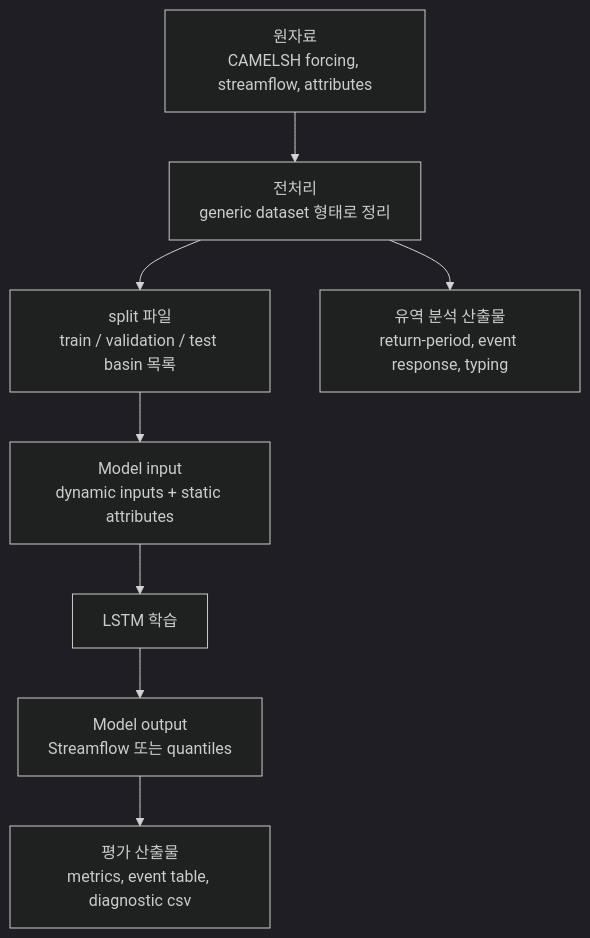
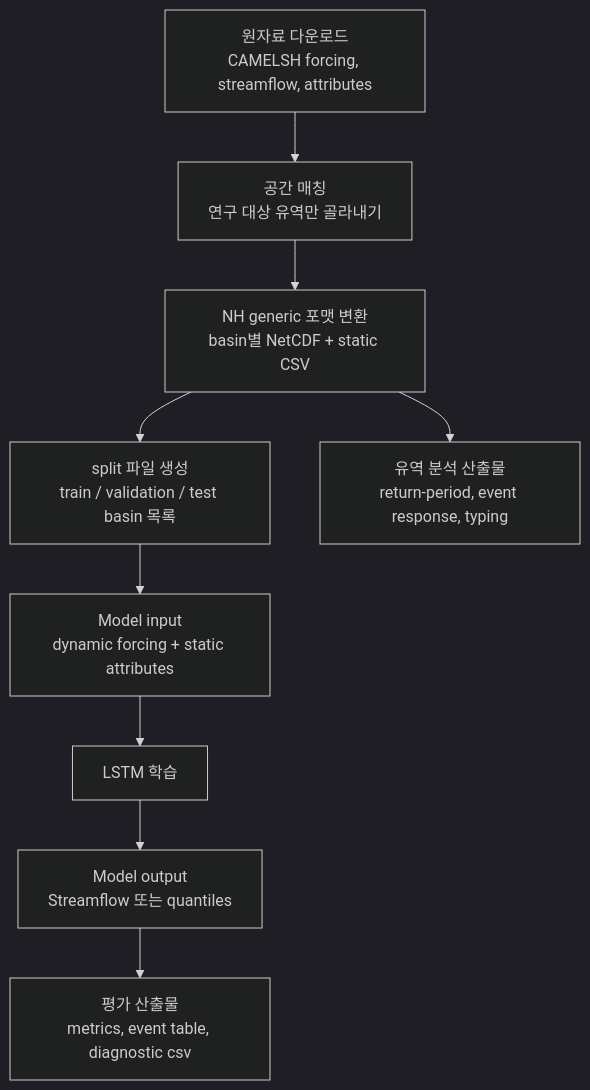
The diagram in docs/explain/03_data_io.md (mossyantler/flood-underestimation-lstm), drawn with Mermaid (dark theme) before and after one commit. The commit also changed other lines of this file and 13 other files, not shown here.

````diff
--- a/docs/explain/03_data_io.md
+++ b/docs/explain/03_data_io.md
@@ -5,10 +7,11 @@
 ```mermaid
 flowchart TD
-    A["원자료<br/>CAMELSH forcing, streamflow, attributes"] --> B["전처리<br/>generic dataset 형태로 정리"]
-    B --> C["split 파일<br/>train / validation / test basin 목록"]
-    C --> D["Model input<br/>dynamic inputs + static attributes"]
-    D --> E["LSTM 학습"]
-    E --> F["Model output<br/>Streamflow 또는 quantiles"]
-    F --> G["평가 산출물<br/>metrics, event table, diagnostic csv"]
-    B --> H["유역 분석 산출물<br/>return-period, event response, typing"]
+    A["원자료 다운로드<br/>CAMELSH forcing, streamflow, attributes"] --> B["공간 매칭<br/>연구 대상 유역만 골라내기"]
+    B --> C["NH generic 포맷 변환<br/>basin별 NetCDF + static CSV"]
+    C --> D["split 파일 생성<br/>train / validation / test basin 목록"]
+    D --> E["Model input<br/>dynamic forcing + static attributes"]
+    E --> F["LSTM 학습"]
+    F --> G["Model output<br/>Streamflow 또는 quantiles"]
+    G --> H["평가 산출물<br/>metrics, event table, diagnostic csv"]
+    C --> I["유역 분석 산출물<br/>return-period, event response, typing"]
 ```
````
